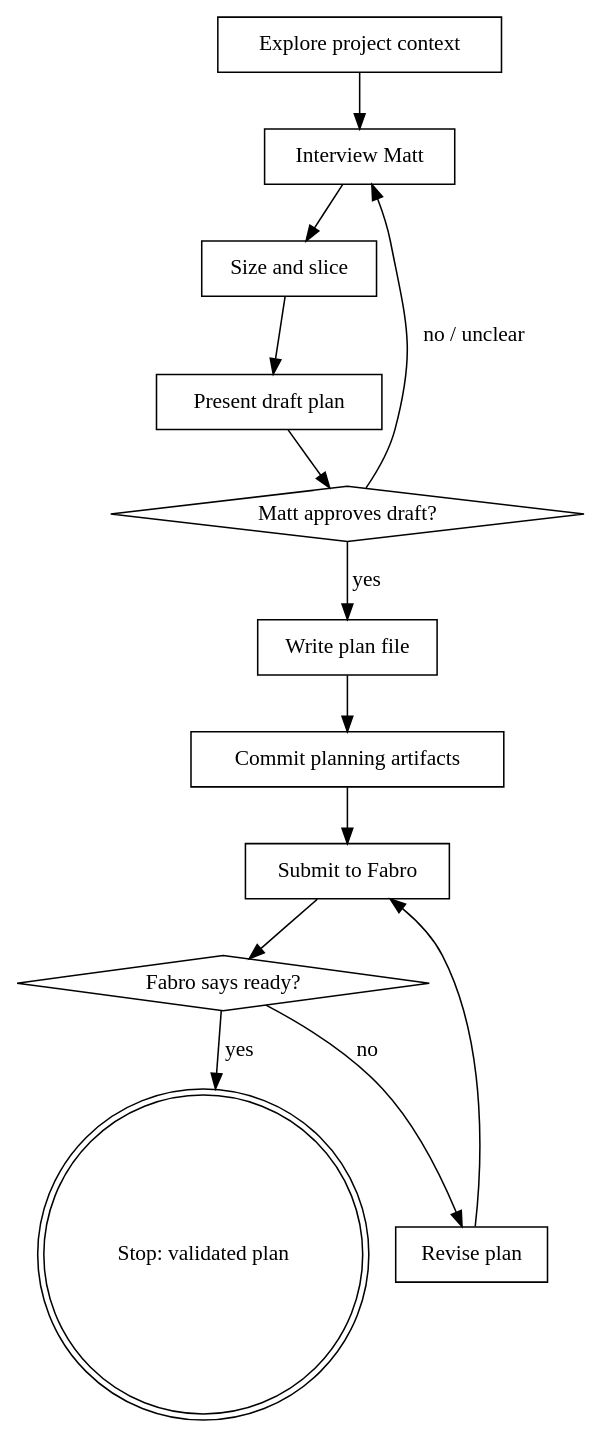
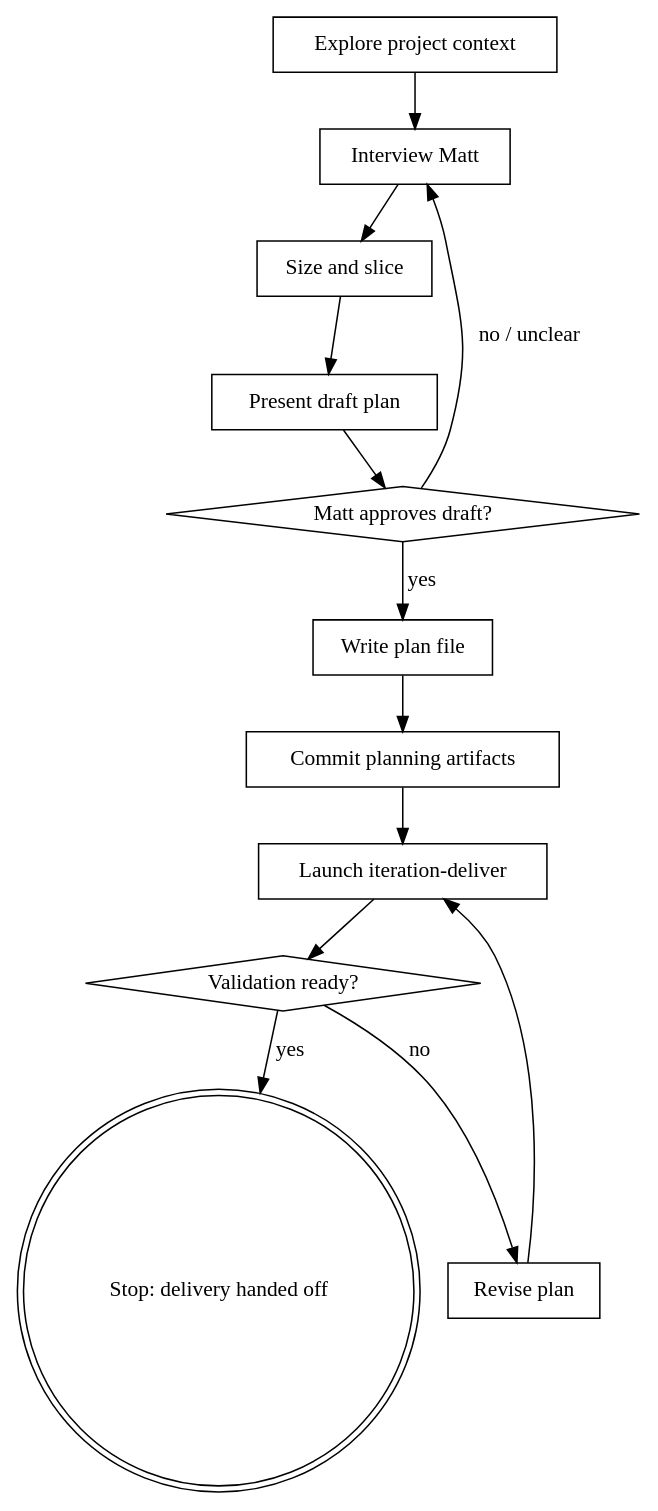
Before and after one commit to mattwynne/memba: the diagram in .pi/skills/iteration-planning/SKILL.md, drawn with Graphviz. The commit also changed other lines of this file and 9 other files, not shown here.

Commit message:
Add iteration deliver workflow

````diff
--- a/.pi/skills/iteration-planning/SKILL.md
+++ b/.pi/skills/iteration-planning/SKILL.md
@@ -31,28 +31,28 @@
 ```dot
 digraph iteration_planning {
     "Explore project context" [shape=box];
     "Interview Matt" [shape=box];
     "Size and slice" [shape=box];
     "Present draft plan" [shape=box];
     "Matt approves draft?" [shape=diamond];
     "Write plan file" [shape=box];
     "Commit planning artifacts" [shape=box];
-    "Submit to Fabro" [shape=box];
-    "Fabro says ready?" [shape=diamond];
+    "Launch iteration-deliver" [shape=box];
+    "Validation ready?" [shape=diamond];
     "Revise plan" [shape=box];
-    "Stop: validated plan" [shape=doublecircle];
+    "Stop: delivery handed off" [shape=doublecircle];
 
     "Explore project context" -> "Interview Matt";
     "Interview Matt" -> "Size and slice";
     "Size and slice" -> "Present draft plan";
     "Present draft plan" -> "Matt approves draft?";
     "Matt approves draft?" -> "Interview Matt" [label="no / unclear"];
     "Matt approves draft?" -> "Write plan file" [label="yes"];
     "Write plan file" -> "Commit planning artifacts";
-    "Commit planning artifacts" -> "Submit to Fabro";
-    "Submit to Fabro" -> "Fabro says ready?";
-    "Fabro says ready?" -> "Stop: validated plan" [label="yes"];
-    "Fabro says ready?" -> "Revise plan" [label="no"];
-    "Revise plan" -> "Submit to Fabro";
+    "Commit planning artifacts" -> "Launch iteration-deliver";
+    "Launch iteration-deliver" -> "Validation ready?";
+    "Validation ready?" -> "Stop: delivery handed off" [label="yes"];
+    "Validation ready?" -> "Revise plan" [label="no"];
+    "Revise plan" -> "Launch iteration-deliver";
 }
 ```
````
